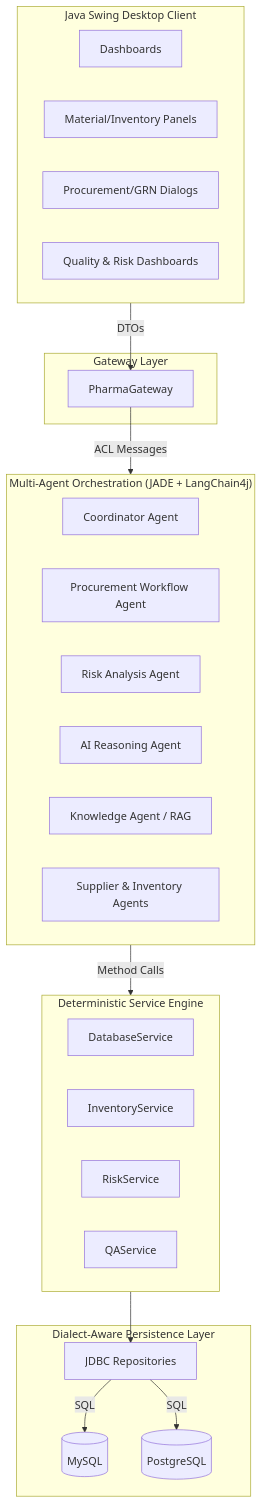
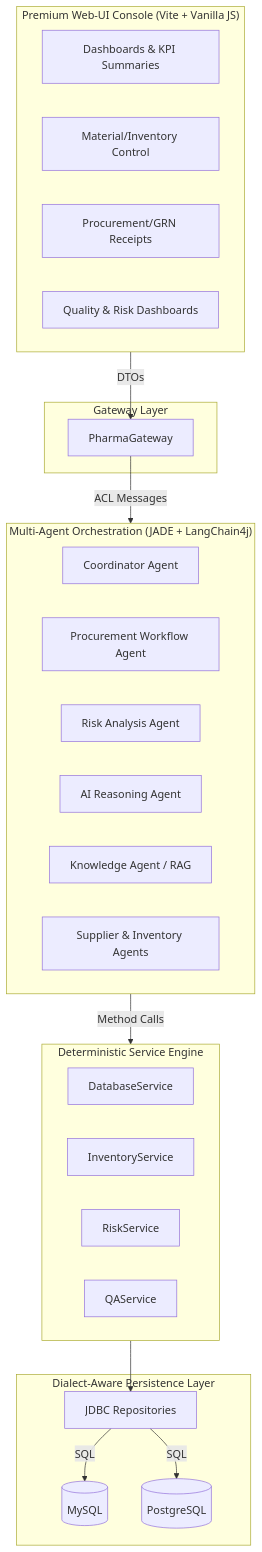
The diagram in README.md (Starmann1/pharma-scm), drawn with Mermaid before and after one commit. The commit also changed other lines of this file and 1 other file, not shown here.

Commit message:
docs: update README.md and ARCHITECTURE.md for Web UI console migration

````diff
--- a/README.md
+++ b/README.md
@@ -21,42 +21,42 @@
 ```mermaid
 graph TD
-    subgraph UI ["Java Swing Desktop Client"]
-        D[Dashboards]
-        M[Material/Inventory Panels]
-        P[Procurement/GRN Dialogs]
+    subgraph UI ["Premium Web-UI Console (Vite + Vanilla JS)"]
+        D[Dashboards & KPI Summaries]
+        M[Material/Inventory Control]
+        P[Procurement/GRN Receipts]
         Q[Quality & Risk Dashboards]
     end
 
     subgraph Abstraction ["Gateway Layer"]
         G[PharmaGateway]
     end
 
     subgraph Agentic ["Multi-Agent Orchestration (JADE + LangChain4j)"]
         CA[Coordinator Agent]
         PWA[Procurement Workflow Agent]
         RA[Risk Analysis Agent]
         AI[AI Reasoning Agent]
         KA[Knowledge Agent / RAG]
         SA[Supplier & Inventory Agents]
     end
 
     subgraph Services ["Deterministic Service Engine"]
         DB[DatabaseService]
         IS[InventoryService]
         RS[RiskService]
         QS[QAService]
     end
 
     subgraph Data ["Dialect-Aware Persistence Layer"]
         JDBC[JDBC Repositories]
         MySQL[(MySQL)]
         Postgres[(PostgreSQL)]
     end
 
     UI -->|DTOs| G
     G -->|ACL Messages| Agentic
     Agentic -->|Method Calls| Services
     Services --> JDBC
     JDBC -->|SQL| MySQL
     JDBC -->|SQL| Postgres
 ```
````
